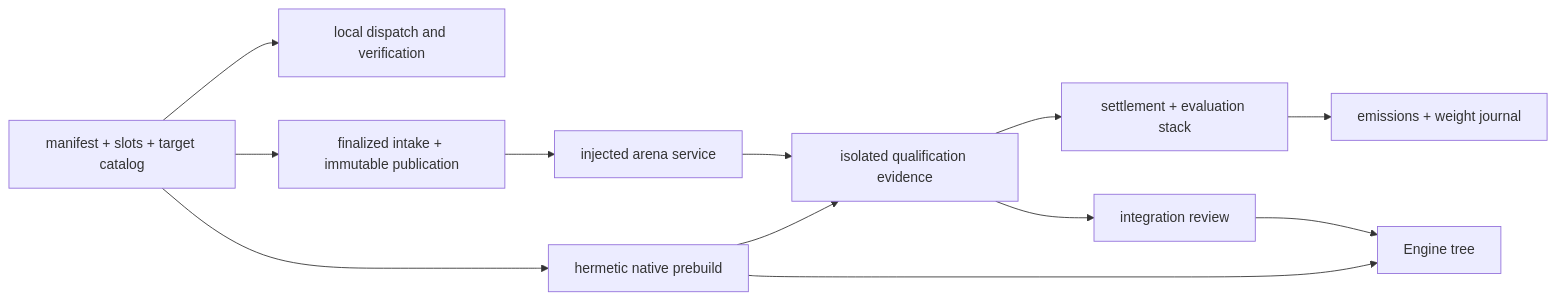
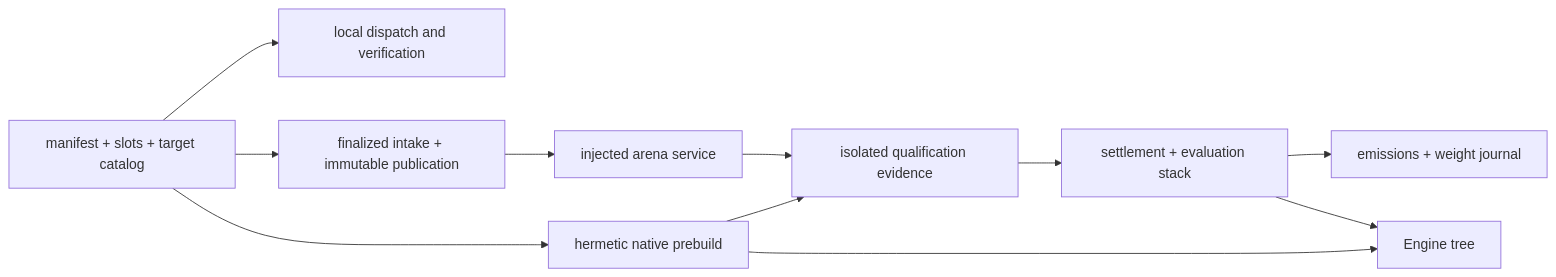
One commit to latent-to/cacheon changed the diagram in docs/reference/codebase-map.md. Above: the diagram before and after it, drawn with Mermaid. The commit also changed other lines of this file and 34 other files, not shown here.

````diff
--- a/docs/reference/codebase-map.md
+++ b/docs/reference/codebase-map.md
@@ -13,14 +13,13 @@
 ```mermaid
 flowchart LR
     M["manifest + slots + target catalog"] --> D["local dispatch and verification"]
     M --> N["hermetic native prebuild"]
     M --> I["finalized intake + immutable publication"]
     I --> A["injected arena service"]
     A --> Q["isolated qualification evidence"]
     Q --> S["settlement + evaluation stack"]
     S --> W["emissions + weight journal"]
-    Q --> R["integration review"]
-    R --> E["Engine tree"]
+    S --> E["Engine tree"]
     N --> Q
     N --> E
 ```
````
